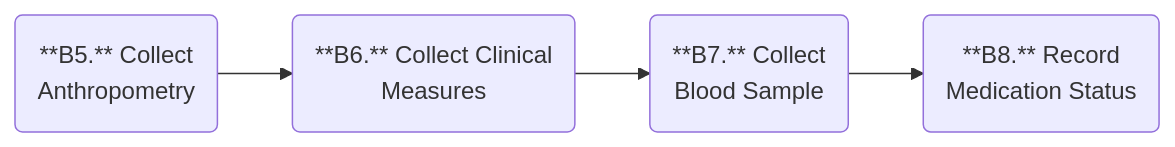
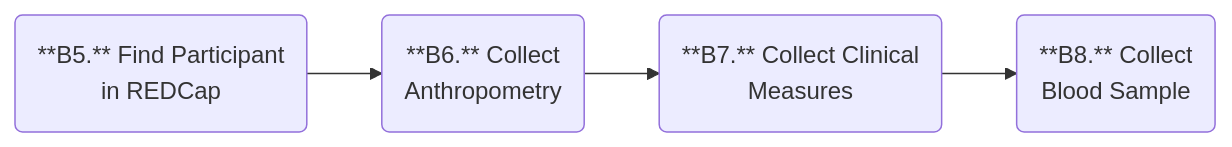
Before and after one commit to sh-publichealth/info-hub: the seventh of 10 diagrams in site/our-work/tmr/participant-flow.qmd, drawn with Mermaid. The commit also changed other lines of this file and 41 other files, not shown here.

````diff
--- a/site/our-work/tmr/participant-flow.qmd
+++ b/site/our-work/tmr/participant-flow.qmd
@@ -210,14 +215,14 @@
 ```{mermaid}
 %%| fig-alt: baseline visit, drawn using Mermaid.
 flowchart LR
 
-  B5(**B5.** Collect<br/>Anthropometry)
-  B6(**B6.** Collect Clinical<br/>Measures)
-  B7(**B7.** Collect<br/>Blood Sample)
-  B8(**B8.** Record<br/>Medication Status)
+  B5(**B5.** Find Participant<br/>in REDCap)
+  B6(**B6.** Collect<br/>Anthropometry)
+  B7(**B7.** Collect Clinical<br/>Measures)
+  B8(**B8.** Collect<br/>Blood Sample)
   
 B5 --> B6
 B6 --> B7
 B7 --> B8
 
 ```
````
